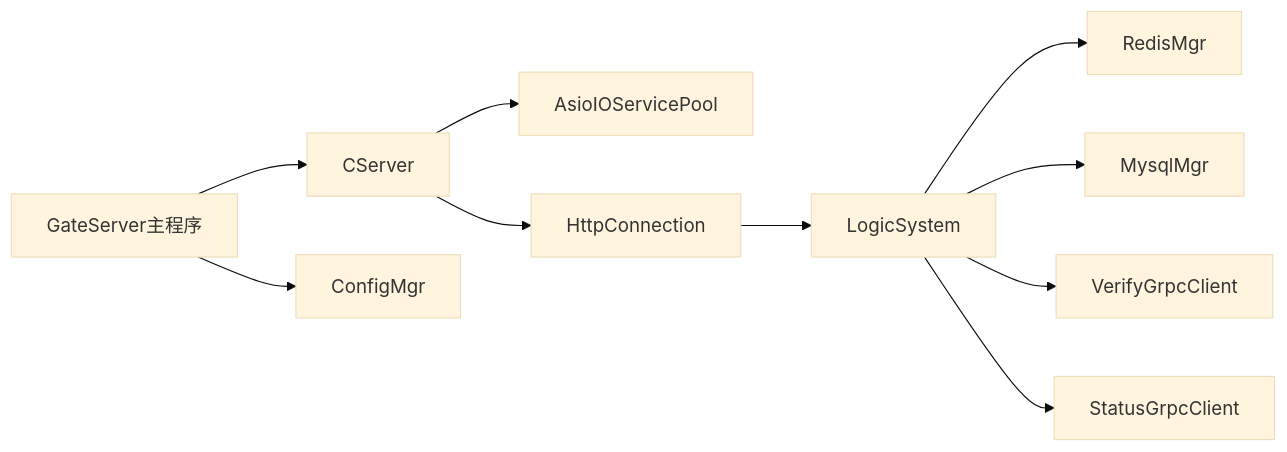
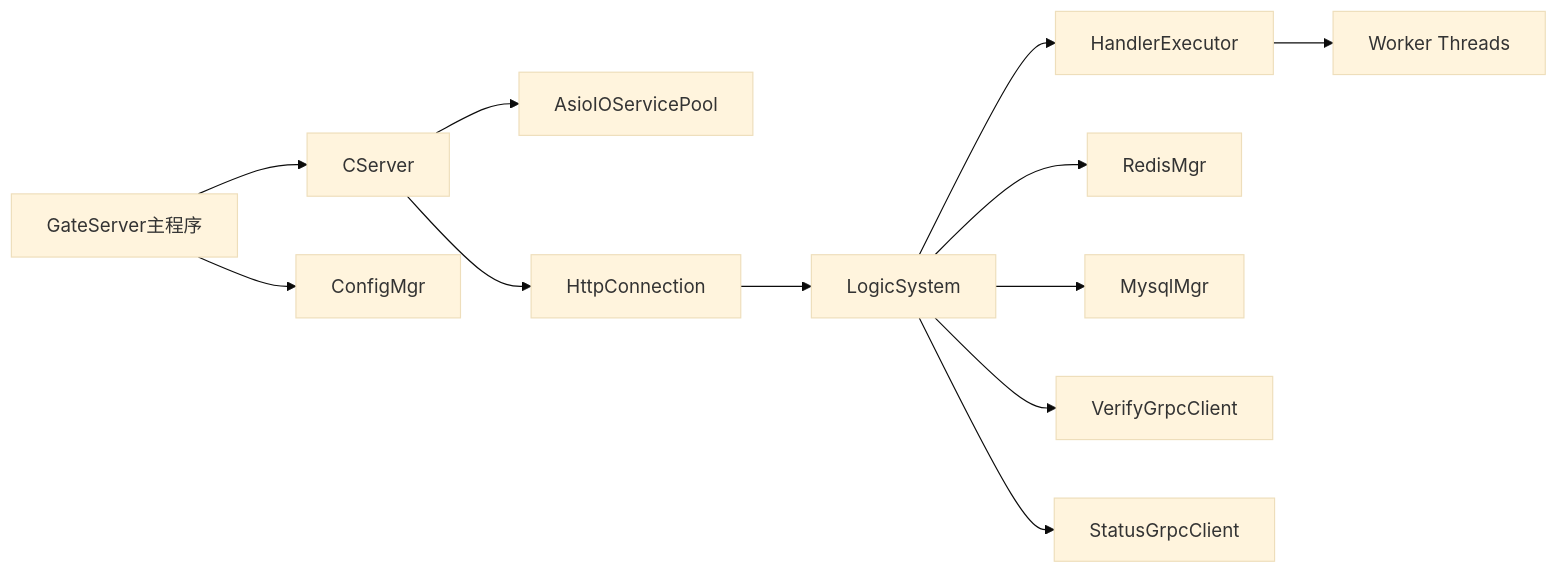
One commit to echo9923/mychatter changed the seventh of 7 diagrams in .qoder/repowiki/zh/content/服务端开发/GateServer HTTP网关服务.md. Above: the diagram before and after it, drawn with Mermaid (base theme). The commit also changed other lines of this file and 54 other files, not shown here.

````diff
--- a/.qoder/repowiki/zh/content/服务端开发/GateServer HTTP网关服务.md
+++ b/.qoder/repowiki/zh/content/服务端开发/GateServer HTTP网关服务.md
@@ -255,12 +347,14 @@
 ```mermaid
 graph LR
 GateMain["GateServer主程序"] --> CServer["CServer"]
 CServer --> AsioPool["AsioIOServicePool"]
 CServer --> HttpConn["HttpConnection"]
 HttpConn --> LogicSys["LogicSystem"]
+LogicSys --> HandlerExec["HandlerExecutor"]
+HandlerExec --> Workers["Worker Threads"]
 LogicSys --> RedisMgr["RedisMgr"]
 LogicSys --> MysqlMgr["MysqlMgr"]
 LogicSys --> VerifyGrpc["VerifyGrpcClient"]
 LogicSys --> StatusGrpc["StatusGrpcClient"]
 GateMain --> ConfigMgr["ConfigMgr"]
 ```
````
